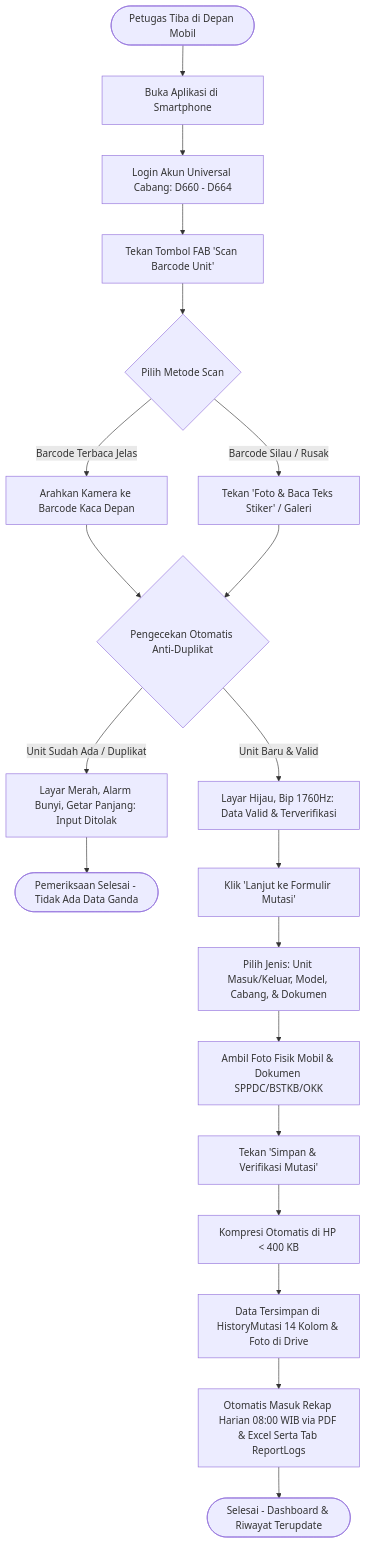
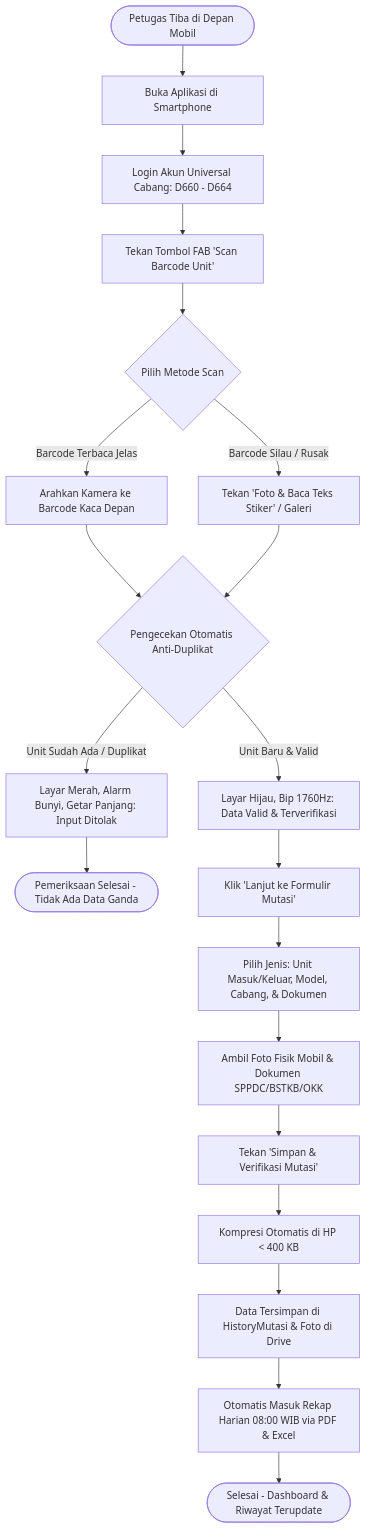
The second of 2 diagrams in PRD.md (miyuraa1001/Management-StockYard), drawn with Mermaid before and after one commit. The commit also changed other lines of this file and 4 other files, not shown here.

Commit message:
refactor: remove ReportLogs sheet dependency, consolidate mutasi logs into HistoryMutasi

````diff
--- a/PRD.md
+++ b/PRD.md
@@ -377,28 +370,28 @@
 ```mermaid
 flowchart TD
     Start([Petugas Tiba di Depan Mobil]) --> OpenApp[Buka Aplikasi di Smartphone]
     OpenApp --> LoginUniversal[Login Akun Universal Cabang: D660 - D664]
     LoginUniversal --> ClickScan[Tekan Tombol FAB 'Scan Barcode Unit']
     ClickScan --> ChooseMode{Pilih Metode Scan}
     
     ChooseMode -->|Barcode Terbaca Jelas| ModeBarcode[Arahkan Kamera ke Barcode Kaca Depan]
     ChooseMode -->|Barcode Silau / Rusak| ModeOCR[Tekan 'Foto & Baca Teks Stiker' / Galeri]
     
     ModeBarcode --> CheckDupe{Pengecekan Otomatis Anti-Duplikat}
     ModeOCR --> CheckDupe
     
     CheckDupe -->|Unit Sudah Ada / Duplikat| Blocked[Layar Merah, Alarm Bunyi, Getar Panjang: Input Ditolak]
     Blocked --> FinishDuplicate([Pemeriksaan Selesai - Tidak Ada Data Ganda])
     
     CheckDupe -->|Unit Baru & Valid| Verified[Layar Hijau, Bip 1760Hz: Data Valid & Terverifikasi]
     Verified --> Step2[Klik 'Lanjut ke Formulir Mutasi']
     
     Step2 --> FillForm[Pilih Jenis: Unit Masuk/Keluar, Model, Cabang, & Dokumen]
     FillForm --> SnapPhotos[Ambil Foto Fisik Mobil & Dokumen SPPDC/BSTKB/OKK]
     SnapPhotos --> Submit[Tekan 'Simpan & Verifikasi Mutasi']
     
     Submit --> CompressImg[Kompresi Otomatis di HP < 400 KB]
-    CompressImg --> CloudSync[Data Tersimpan di HistoryMutasi 14 Kolom & Foto di Drive]
-    CloudSync --> AutoReport[Otomatis Masuk Rekap Harian 08:00 WIB via PDF & Excel Serta Tab ReportLogs]
+    CompressImg --> CloudSync[Data Tersimpan di HistoryMutasi & Foto di Drive]
+    CloudSync --> AutoReport[Otomatis Masuk Rekap Harian 08:00 WIB via PDF & Excel]
     AutoReport --> Done([Selesai - Dashboard & Riwayat Terupdate])
 ```
````
